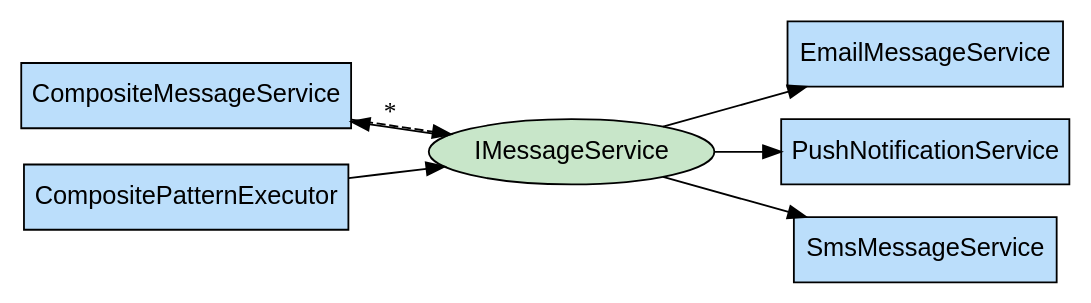
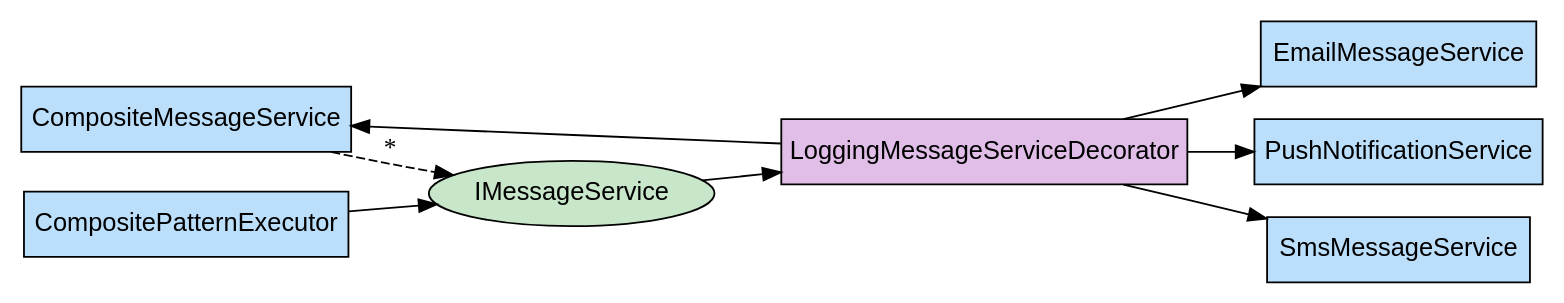
The diagram in examples/Qudi.Example.Readme/exported/CompositePatternExecutor.dot (arika0093/Qudi), drawn with Graphviz before and after one commit. The commit also changed 1 other file, not shown here.

Commit message:
Enhance composite pattern documentation by adding LoggingMessageServiceDecorator and updating relationships

```diff
--- a/examples/Qudi.Example.Readme/exported/CompositePatternExecutor.dot
+++ b/examples/Qudi.Example.Readme/exported/CompositePatternExecutor.dot
@@ -1,16 +1,18 @@
 digraph Qudi {
   rankdir=LR;
   node [shape=box, fontname="Arial"];
   "Qudi.Examples.CompositePattern.CompositeMessageService" [label="CompositeMessageService", shape=box, style=filled, fillcolor="#bbdefb"];
   "Qudi.Examples.CompositePattern.CompositePatternExecutor" [label="CompositePatternExecutor", shape=box, style=filled, fillcolor="#bbdefb"];
   "Qudi.Examples.CompositePattern.EmailMessageService" [label="EmailMessageService", shape=box, style=filled, fillcolor="#bbdefb"];
   "Qudi.Examples.CompositePattern.IMessageService" [label="IMessageService", shape=ellipse, style=filled, fillcolor="#c8e6c9"];
+  "Qudi.Examples.CompositePattern.LoggingMessageServiceDecorator" [label="LoggingMessageServiceDecorator", shape=box, style=filled, fillcolor="#e1bee7"];
   "Qudi.Examples.CompositePattern.PushNotificationService" [label="PushNotificationService", shape=box, style=filled, fillcolor="#bbdefb"];
   "Qudi.Examples.CompositePattern.SmsMessageService" [label="SmsMessageService", shape=box, style=filled, fillcolor="#bbdefb"];
-  "Qudi.Examples.CompositePattern.IMessageService" -> "Qudi.Examples.CompositePattern.EmailMessageService";
-  "Qudi.Examples.CompositePattern.IMessageService" -> "Qudi.Examples.CompositePattern.SmsMessageService";
-  "Qudi.Examples.CompositePattern.IMessageService" -> "Qudi.Examples.CompositePattern.PushNotificationService";
   "Qudi.Examples.CompositePattern.CompositePatternExecutor" -> "Qudi.Examples.CompositePattern.IMessageService";
-  "Qudi.Examples.CompositePattern.IMessageService" -> "Qudi.Examples.CompositePattern.CompositeMessageService";
+  "Qudi.Examples.CompositePattern.IMessageService" -> "Qudi.Examples.CompositePattern.LoggingMessageServiceDecorator";
+  "Qudi.Examples.CompositePattern.LoggingMessageServiceDecorator" -> "Qudi.Examples.CompositePattern.EmailMessageService";
+  "Qudi.Examples.CompositePattern.LoggingMessageServiceDecorator" -> "Qudi.Examples.CompositePattern.SmsMessageService";
+  "Qudi.Examples.CompositePattern.LoggingMessageServiceDecorator" -> "Qudi.Examples.CompositePattern.PushNotificationService";
+  "Qudi.Examples.CompositePattern.LoggingMessageServiceDecorator" -> "Qudi.Examples.CompositePattern.CompositeMessageService";
   "Qudi.Examples.CompositePattern.CompositeMessageService" -> "Qudi.Examples.CompositePattern.IMessageService" [label="*", style=dashed];
 }
```
